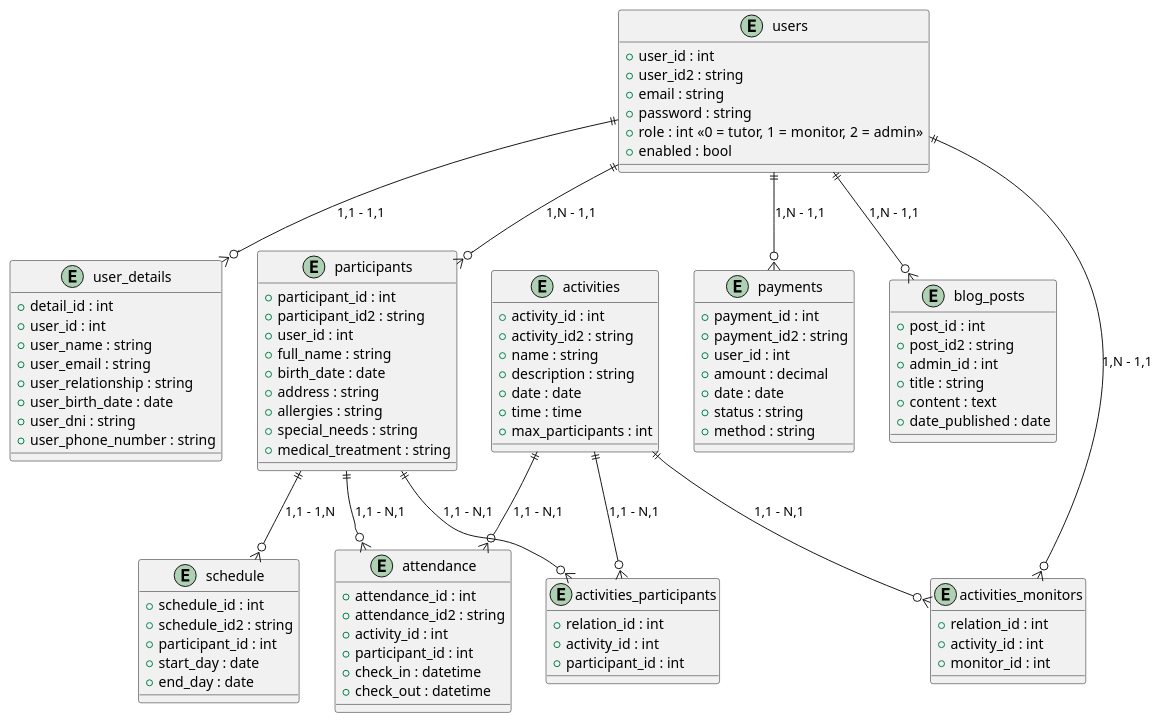
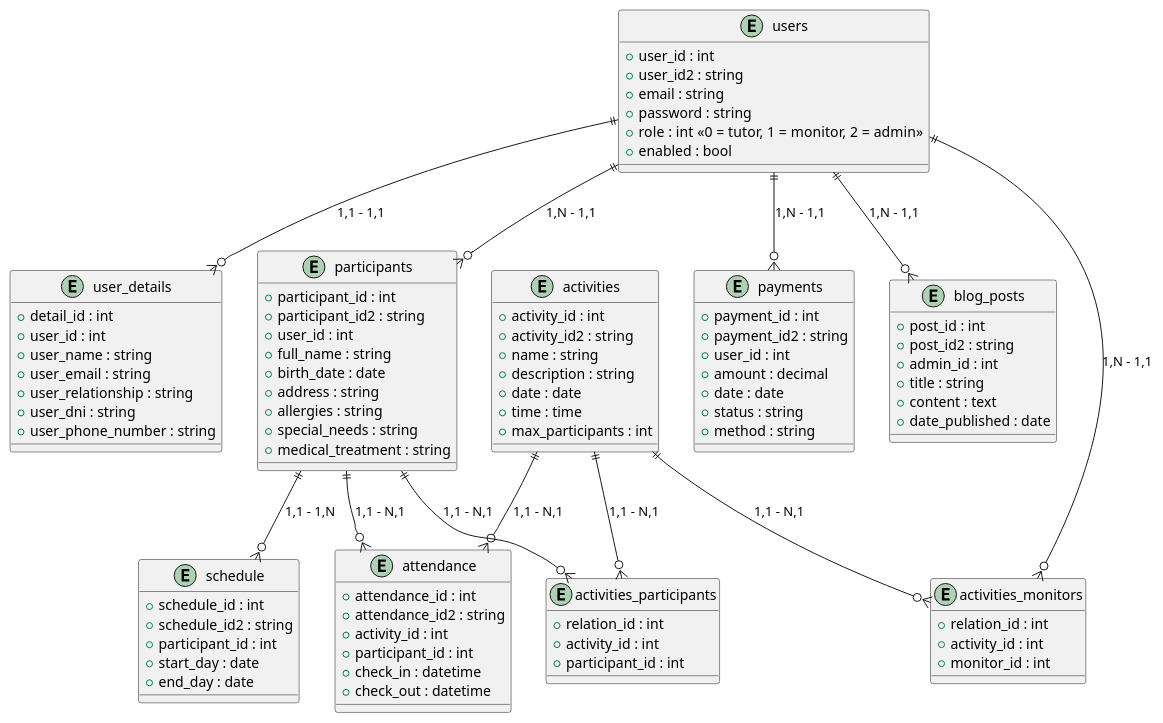
Before and after one commit to DCV05/Proyecto-Integrador: the diagram in documentacion/entidad_relacion.plantuml, drawn with PlantUML. The commit also changed 29 other files, not shown here.

```diff
--- a/documentacion/entidad_relacion.plantuml
+++ b/documentacion/entidad_relacion.plantuml
@@ -1,109 +1,108 @@
 @startuml Campamento
 
 top to bottom direction
 
 entity "users" as usuarios {
     + user_id : int
     + user_id2 : string
     + email : string
     + password : string
     + role : int <<0 = tutor, 1 = monitor, 2 = admin>>
     + enabled : bool
 }
 
 entity "user_details" as detalles_usuarios {
     + detail_id : int
     + user_id : int
     + user_name : string
     + user_email : string
     + user_relationship : string
-    + user_birth_date : date
     + user_dni : string
     + user_phone_number : string
 }
 
 entity "participants" as participantes {
     + participant_id : int
     + participant_id2 : string
     + user_id : int
     + full_name : string
     + birth_date : date
     + address : string
     + allergies : string
     + special_needs : string
     + medical_treatment : string
 }
 
 entity "schedule" as cronograma {
     + schedule_id : int
     + schedule_id2 : string
     + participant_id : int
     + start_day : date
     + end_day : date
 }
 
 entity "activities" as actividades {
     + activity_id : int
     + activity_id2 : string
     + name : string
     + description : string
     + date : date
     + time : time
     + max_participants : int
 }
 
 entity "activities_monitors" as actividades_monitores {
     + relation_id : int
     + activity_id : int
     + monitor_id : int
 }
 
 entity "activities_participants" as actividades_participantes {
     + relation_id : int
     + activity_id : int
     + participant_id : int
 }
 
 entity "attendance" as asistencias {
     + attendance_id : int
     + attendance_id2 : string
     + activity_id : int
     + participant_id : int
     + check_in : datetime
     + check_out : datetime
 }
 
 entity "payments" as pagos {
     + payment_id : int
     + payment_id2 : string
     + user_id : int
     + amount : decimal
     + date : date
     + status : string
     + method : string
 }
 
 entity "blog_posts" as publicaciones_blog {
     + post_id : int
     + post_id2 : string
     + admin_id : int
     + title : string
     + content : text
     + date_published : date
 }
 
 usuarios ||--o{ detalles_usuarios : "1,1 - 1,1"
 usuarios ||--o{ participantes : "1,N - 1,1"
 usuarios ||--o{ pagos : "1,N - 1,1"
 usuarios ||--o{ actividades_monitores : "1,N - 1,1"
 usuarios ||--o{ publicaciones_blog : "1,N - 1,1"
 
 participantes ||--o{ cronograma : "1,1 - 1,N"
 participantes ||--o{ actividades_participantes : "1,1 - N,1"
 participantes ||--o{ asistencias : "1,1 - N,1"
 
 actividades ||--o{ actividades_monitores : "1,1 - N,1"
 actividades ||--o{ actividades_participantes : "1,1 - N,1"
 actividades ||--o{ asistencias : "1,1 - N,1"
 
 @enduml
```
